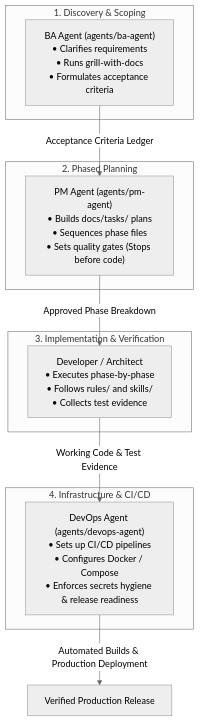
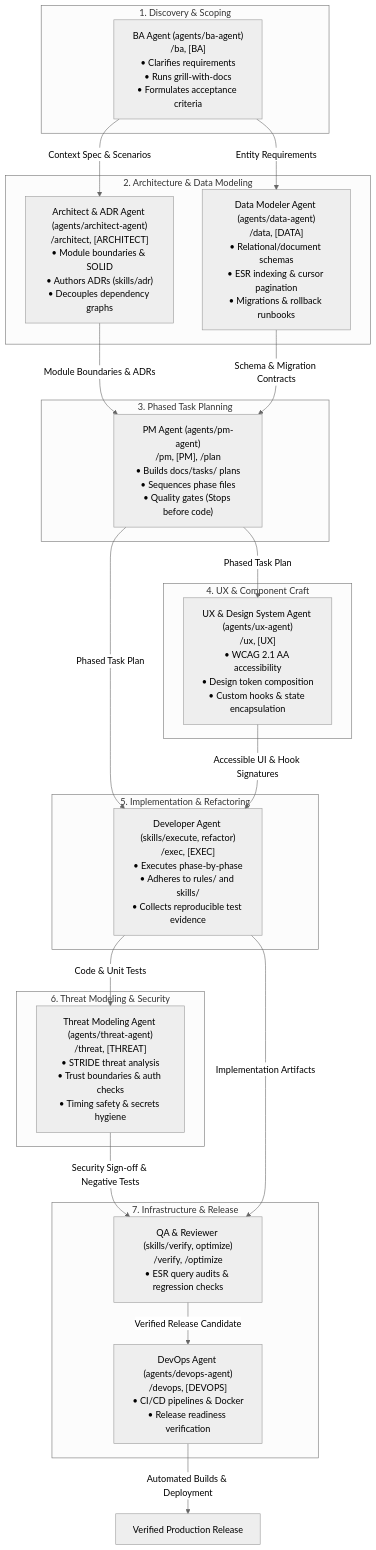
Before and after one commit to markromolecule/context-factory: the diagram in docs/guide/subagents-lifecycle.md, drawn with Mermaid (neutral theme). The commit also changed other lines of this file and 58 other files, not shown here.

First line of the commit message:
feat(agents): introduce declarative lifecycle specialist agents, harness resolution, and commit-push-release workflow

````diff
--- a/docs/guide/subagents-lifecycle.md
+++ b/docs/guide/subagents-lifecycle.md
@@ -19,23 +19,45 @@
 ```mermaid
 flowchart TD
     subgraph S1["1. Discovery & Scoping"]
-        BA["BA Agent (agents/ba-agent)<br/>• Clarifies requirements<br/>• Runs grill-with-docs<br/>• Formulates acceptance criteria"]
+        BA["BA Agent (agents/ba-agent)<br/>/ba, [BA]<br/>• Clarifies requirements<br/>• Runs grill-with-docs<br/>• Formulates acceptance criteria"]
     end
 
-    subgraph S2["2. Phased Planning"]
-        PM["PM Agent (agents/pm-agent)<br/>• Builds docs/tasks/ plans<br/>• Sequences phase files<br/>• Sets quality gates (Stops before code)"]
+    subgraph S2["2. Architecture & Data Modeling"]
+        ARCH["Architect & ADR Agent (agents/architect-agent)<br/>/architect, [ARCHITECT]<br/>• Module boundaries & SOLID<br/>• Authors ADRs (skills/adr)<br/>• Decouples dependency graphs"]
+        DATA["Data Modeler Agent (agents/data-agent)<br/>/data, [DATA]<br/>• Relational/document schemas<br/>• ESR indexing & cursor pagination<br/>• Migrations & rollback runbooks"]
     end
 
-    subgraph S3["3. Implementation & Verification"]
-        DEV["Developer / Architect<br/>• Executes phase-by-phase<br/>• Follows rules/ and skills/<br/>• Collects test evidence"]
+    subgraph S3["3. Phased Task Planning"]
+        PM["PM Agent (agents/pm-agent)<br/>/pm, [PM], /plan<br/>• Builds docs/tasks/ plans<br/>• Sequences phase files<br/>• Quality gates (Stops before code)"]
     end
 
-    subgraph S4["4. Infrastructure & CI/CD"]
-        OPS["DevOps Agent (agents/devops-agent)<br/>• Sets up CI/CD pipelines<br/>• Configures Docker / Compose<br/>• Enforces secrets hygiene & release readiness"]
+    subgraph S4["4. UX & Component Craft"]
+        UX["UX & Design System Agent (agents/ux-agent)<br/>/ux, [UX]<br/>• WCAG 2.1 AA accessibility<br/>• Design token composition<br/>• Custom hooks & state encapsulation"]
     end
 
-    BA -->|"Acceptance Criteria Ledger"| PM
-    PM -->|"Approved Phase Breakdown"| DEV
-    DEV -->|"Working Code & Test Evidence"| OPS
-    OPS -->|"Automated Builds & Production Deployment"| DONE["Verified Production Release"]
+    subgraph S5["5. Implementation & Refactoring"]
+        DEV["Developer Agent (skills/execute, refactor)<br/>/exec, [EXEC]<br/>• Executes phase-by-phase<br/>• Adheres to rules/ and skills/<br/>• Collects reproducible test evidence"]
+    end
+
+    subgraph S6["6. Threat Modeling & Security"]
+        THREAT["Threat Modeling Agent (agents/threat-agent)<br/>/threat, [THREAT]<br/>• STRIDE threat analysis<br/>• Trust boundaries & auth checks<br/>• Timing safety & secrets hygiene"]
+    end
+
+    subgraph S7["7. Infrastructure & Release"]
+        QA["QA & Reviewer (skills/verify, optimize)<br/>/verify, /optimize<br/>• ESR query audits & regression checks"]
+        OPS["DevOps Agent (agents/devops-agent)<br/>/devops, [DEVOPS]<br/>• CI/CD pipelines & Docker<br/>• Release readiness verification"]
+    end
+
+    BA -->|"Context Spec & Scenarios"| ARCH
+    BA -->|"Entity Requirements"| DATA
+    ARCH -->|"Module Boundaries & ADRs"| PM
+    DATA -->|"Schema & Migration Contracts"| PM
+    PM -->|"Phased Task Plan"| UX
+    PM -->|"Phased Task Plan"| DEV
+    UX -->|"Accessible UI & Hook Signatures"| DEV
+    DEV -->|"Code & Unit Tests"| THREAT
+    THREAT -->|"Security Sign-off & Negative Tests"| QA
+    DEV -->|"Implementation Artifacts"| QA
+    QA -->|"Verified Release Candidate"| OPS
+    OPS -->|"Automated Builds & Deployment"| DONE["Verified Production Release"]
 ```
````
